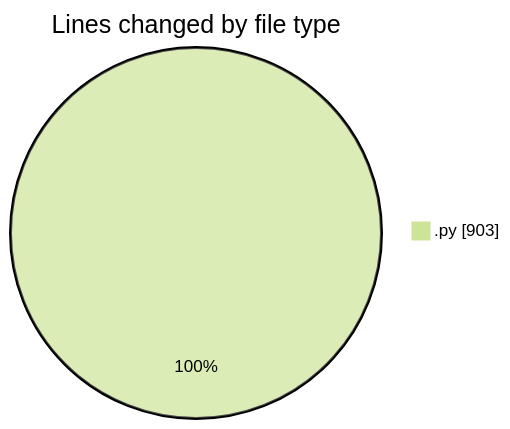
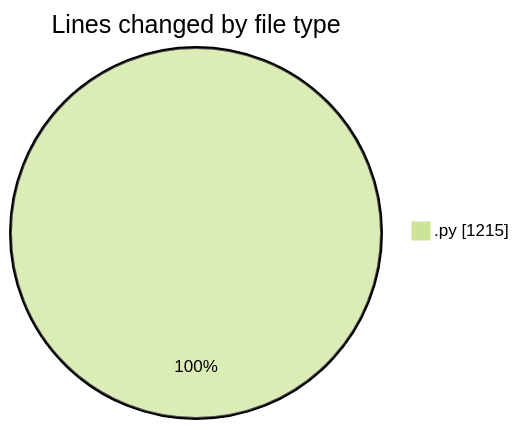
Before and after one commit to EIIisD/code-tracking: the first of 2 diagrams in 2025-07-28/refunds/README.md, drawn with Mermaid (forest theme). The commit also changed other lines of this file and 1 other file, not shown here.

````diff
--- a/2025-07-28/refunds/README.md
+++ b/2025-07-28/refunds/README.md
@@ -21,5 +21,5 @@
 ```mermaid
 pie showData
 title Lines changed by file type
-".py" : 903
+".py" : 1215
 ```
````
